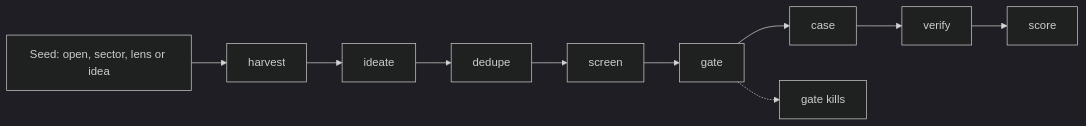
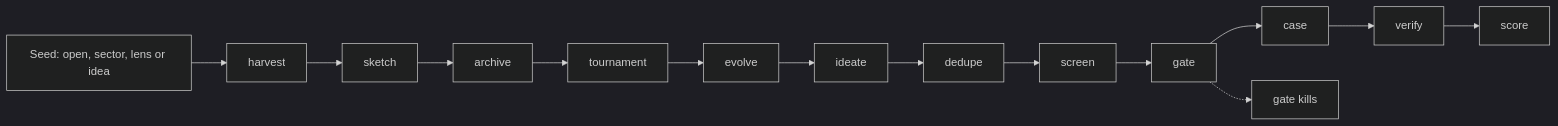
The first of 2 diagrams in docs/architecture.md (ElvisOkereke/PitchLab), drawn with Mermaid (dark theme) before and after one commit. The commit also changed other lines of this file and 20 other files, not shown here.

````diff
--- a/docs/architecture.md
+++ b/docs/architecture.md
@@ -74,12 +74,16 @@
 ```mermaid
 flowchart LR
     S[Seed: open, sector, lens or idea] --> H[harvest]
-    H --> I[ideate]
+    H --> SK[sketch]
+    SK --> AR[archive]
+    AR --> T[tournament]
+    T --> E[evolve]
+    E --> I[ideate]
     I --> D[dedupe]
     D --> SC[screen]
     SC --> G[gate]
     G --> C[case]
     C --> V[verify]
     V --> SO[score]
     G -.-> K[gate kills]
 ```
````
